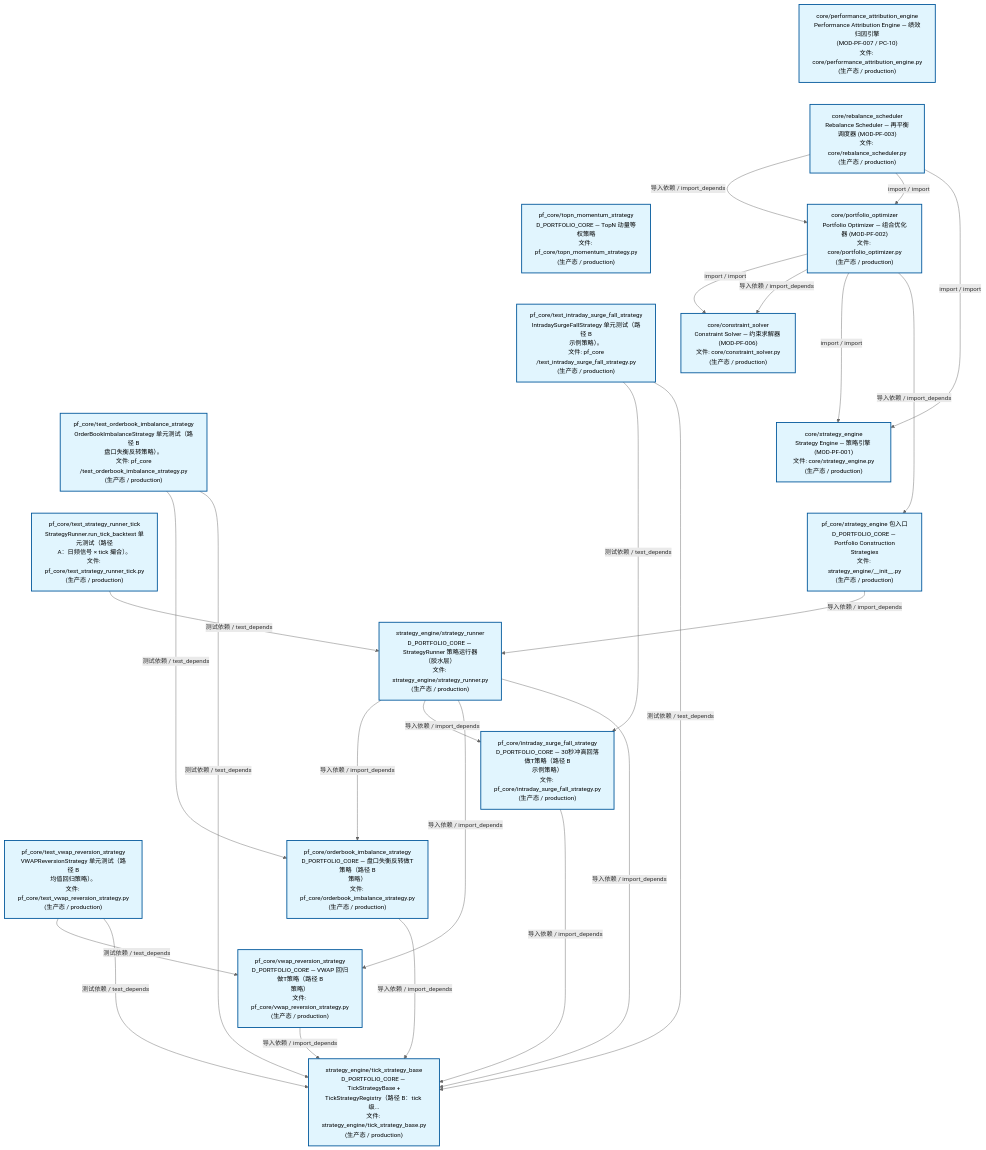
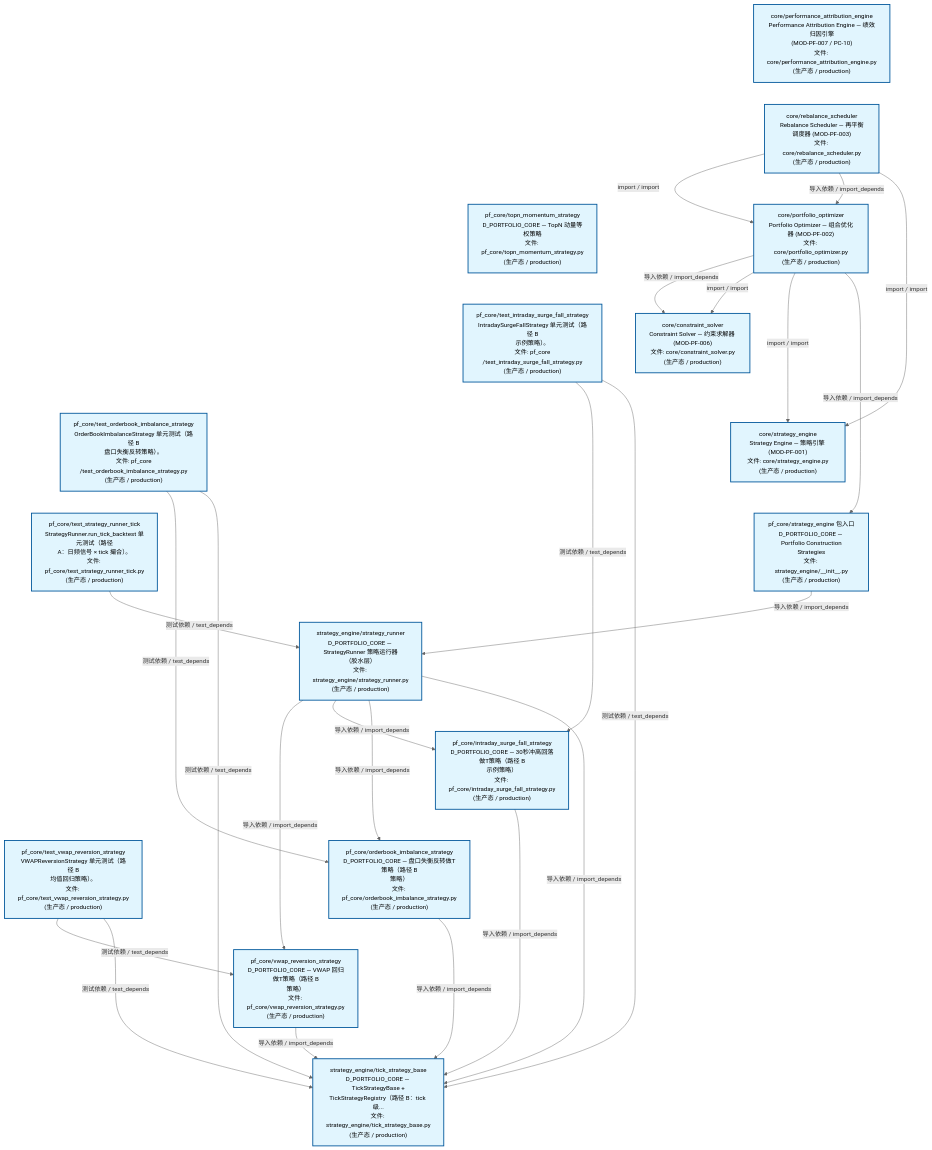
Before and after one commit to xuanFelixVan/ZephyrAlpha: the second of 3 diagrams in docs/02_enterprise_architecture/02_domain_architecture_docs/63_d_pf_core.md, drawn with Mermaid. The commit also changed other lines of this file and 44 other files, not shown here.

````diff
--- a/docs/02_enterprise_architecture/02_domain_architecture_docs/63_d_pf_core.md
+++ b/docs/02_enterprise_architecture/02_domain_architecture_docs/63_d_pf_core.md
@@ -140,57 +140,57 @@
 ```mermaid
 %%{init: {'theme': 'base', 'themeVariables': {'primaryColor': '#eaeaea', 'primaryTextColor': '#333333', 'primaryBorderColor': '#666666', 'lineColor': '#666666', 'secondaryColor': '#eaeaea', 'tertiaryColor': '#eaeaea', 'fontSize': '14px'}}}%%
 flowchart TD
     src_zephyr_pf_core_core_performance_attribution_engine_py["core/performance_attribution_engine<br/>Performance Attribution Engine — 绩效归因引擎<br/>(MOD-PF-007 / PC-10)<br/>文件: core/performance_attribution_engine.py<br/>(生产态 / production)"]
     src_zephyr_pf_core_core_rebalance_scheduler_py["core/rebalance_scheduler<br/>Rebalance Scheduler — 再平衡调度器 (MOD-PF-003)<br/>文件: core/rebalance_scheduler.py<br/>(生产态 / production)"]
     src_zephyr_pf_core_topn_momentum_strategy_py["pf_core/topn_momentum_strategy<br/>D_PORTFOLIO_CORE — TopN 动量等权策略<br/>文件: pf_core/topn_momentum_strategy.py<br/>(生产态 / production)"]
     tests_pf_core_test_intraday_surge_fall_strategy_py["pf_core/test_intraday_surge_fall_strategy<br/>IntradaySurgeFallStrategy 单元测试（路径 B<br/>示例策略）。<br/>文件: pf_core<br/>/test_intraday_surge_fall_strategy.py<br/>(生产态 / production)"]
     tests_pf_core_test_orderbook_imbalance_strategy_py["pf_core/test_orderbook_imbalance_strategy<br/>OrderBookImbalanceStrategy 单元测试（路径 B<br/>盘口失衡反转策略）。<br/>文件: pf_core<br/>/test_orderbook_imbalance_strategy.py<br/>(生产态 / production)"]
     tests_pf_core_test_strategy_runner_tick_py["pf_core/test_strategy_runner_tick<br/>StrategyRunner.run_tick_backtest 单元测试（路径<br/>A：日频信号 × tick 撮合）。<br/>文件: pf_core/test_strategy_runner_tick.py<br/>(生产态 / production)"]
     tests_pf_core_test_vwap_reversion_strategy_py["pf_core/test_vwap_reversion_strategy<br/>VWAPReversionStrategy 单元测试（路径 B<br/>均值回归策略）。<br/>文件: pf_core/test_vwap_reversion_strategy.py<br/>(生产态 / production)"]
     src_zephyr_pf_core_core_performance_attribution_engine_py ~~~ src_zephyr_pf_core_core_rebalance_scheduler_py
     src_zephyr_pf_core_core_rebalance_scheduler_py ~~~ src_zephyr_pf_core_topn_momentum_strategy_py
     src_zephyr_pf_core_topn_momentum_strategy_py ~~~ tests_pf_core_test_intraday_surge_fall_strategy_py
     tests_pf_core_test_intraday_surge_fall_strategy_py ~~~ tests_pf_core_test_orderbook_imbalance_strategy_py
     tests_pf_core_test_orderbook_imbalance_strategy_py ~~~ tests_pf_core_test_strategy_runner_tick_py
     tests_pf_core_test_strategy_runner_tick_py ~~~ tests_pf_core_test_vwap_reversion_strategy_py
     src_zephyr_pf_core_core_portfolio_optimizer_py["core/portfolio_optimizer<br/>Portfolio Optimizer — 组合优化器 (MOD-PF-002)<br/>文件: core/portfolio_optimizer.py<br/>(生产态 / production)"]
     src_zephyr_pf_core_core_constraint_solver_py["core/constraint_solver<br/>Constraint Solver — 约束求解器 (MOD-PF-006)<br/>文件: core/constraint_solver.py<br/>(生产态 / production)"]
     src_zephyr_pf_core_core_strategy_engine_py["core/strategy_engine<br/>Strategy Engine — 策略引擎 (MOD-PF-001)<br/>文件: core/strategy_engine.py<br/>(生产态 / production)"]
     src_zephyr_pf_core_strategy_engine_init_py["pf_core/strategy_engine 包入口<br/>D_PORTFOLIO_CORE — Portfolio Construction<br/>Strategies<br/>文件: strategy_engine/__init__.py<br/>(生产态 / production)"]
     src_zephyr_pf_core_core_constraint_solver_py ~~~ src_zephyr_pf_core_core_strategy_engine_py
     src_zephyr_pf_core_core_strategy_engine_py ~~~ src_zephyr_pf_core_strategy_engine_init_py
     src_zephyr_pf_core_strategy_engine_strategy_runner_py["strategy_engine/strategy_runner<br/>D_PORTFOLIO_CORE — StrategyRunner 策略运行器<br/>（胶水层）<br/>文件: strategy_engine/strategy_runner.py<br/>(生产态 / production)"]
     src_zephyr_pf_core_intraday_surge_fall_strategy_py["pf_core/intraday_surge_fall_strategy<br/>D_PORTFOLIO_CORE — 30秒冲高回落做T策略（路径 B<br/>示例策略）<br/>文件: pf_core/intraday_surge_fall_strategy.py<br/>(生产态 / production)"]
     src_zephyr_pf_core_orderbook_imbalance_strategy_py["pf_core/orderbook_imbalance_strategy<br/>D_PORTFOLIO_CORE — 盘口失衡反转做T策略（路径 B<br/>策略）<br/>文件: pf_core/orderbook_imbalance_strategy.py<br/>(生产态 / production)"]
     src_zephyr_pf_core_vwap_reversion_strategy_py["pf_core/vwap_reversion_strategy<br/>D_PORTFOLIO_CORE — VWAP 回归做T策略（路径 B<br/>策略）<br/>文件: pf_core/vwap_reversion_strategy.py<br/>(生产态 / production)"]
     src_zephyr_pf_core_intraday_surge_fall_strategy_py ~~~ src_zephyr_pf_core_orderbook_imbalance_strategy_py
     src_zephyr_pf_core_orderbook_imbalance_strategy_py ~~~ src_zephyr_pf_core_vwap_reversion_strategy_py
     src_zephyr_pf_core_strategy_engine_tick_strategy_base_py["strategy_engine/tick_strategy_base<br/>D_PORTFOLIO_CORE — TickStrategyBase +<br/>TickStrategyRegistry（路径 B：tick 级...<br/>文件: strategy_engine/tick_strategy_base.py<br/>(生产态 / production)"]
+    src_zephyr_pf_core_vwap_reversion_strategy_py -->|导入依赖 / import_depends| src_zephyr_pf_core_strategy_engine_tick_strategy_base_py
+    src_zephyr_pf_core_intraday_surge_fall_strategy_py -->|导入依赖 / import_depends| src_zephyr_pf_core_strategy_engine_tick_strategy_base_py
     src_zephyr_pf_core_orderbook_imbalance_strategy_py -->|导入依赖 / import_depends| src_zephyr_pf_core_strategy_engine_tick_strategy_base_py
-    src_zephyr_pf_core_intraday_surge_fall_strategy_py -->|导入依赖 / import_depends| src_zephyr_pf_core_strategy_engine_tick_strategy_base_py
-    src_zephyr_pf_core_core_rebalance_scheduler_py -->|导入依赖 / import_depends| src_zephyr_pf_core_core_portfolio_optimizer_py
-    src_zephyr_pf_core_core_rebalance_scheduler_py -->|import / import| src_zephyr_pf_core_core_portfolio_optimizer_py
-    src_zephyr_pf_core_core_rebalance_scheduler_py -->|import / import| src_zephyr_pf_core_core_strategy_engine_py
-    src_zephyr_pf_core_vwap_reversion_strategy_py -->|导入依赖 / import_depends| src_zephyr_pf_core_strategy_engine_tick_strategy_base_py
+    src_zephyr_pf_core_core_portfolio_optimizer_py -->|导入依赖 / import_depends| src_zephyr_pf_core_core_constraint_solver_py
     src_zephyr_pf_core_core_portfolio_optimizer_py -->|import / import| src_zephyr_pf_core_core_constraint_solver_py
-    src_zephyr_pf_core_core_portfolio_optimizer_py -->|导入依赖 / import_depends| src_zephyr_pf_core_core_constraint_solver_py
     src_zephyr_pf_core_core_portfolio_optimizer_py -->|import / import| src_zephyr_pf_core_core_strategy_engine_py
     src_zephyr_pf_core_core_portfolio_optimizer_py -->|导入依赖 / import_depends| src_zephyr_pf_core_strategy_engine_init_py
+    src_zephyr_pf_core_core_rebalance_scheduler_py -->|import / import| src_zephyr_pf_core_core_portfolio_optimizer_py
+    src_zephyr_pf_core_core_rebalance_scheduler_py -->|导入依赖 / import_depends| src_zephyr_pf_core_core_portfolio_optimizer_py
+    src_zephyr_pf_core_core_rebalance_scheduler_py -->|import / import| src_zephyr_pf_core_core_strategy_engine_py
+    src_zephyr_pf_core_strategy_engine_strategy_runner_py -->|导入依赖 / import_depends| src_zephyr_pf_core_vwap_reversion_strategy_py
+    src_zephyr_pf_core_strategy_engine_strategy_runner_py -->|导入依赖 / import_depends| src_zephyr_pf_core_intraday_surge_fall_strategy_py
+    src_zephyr_pf_core_strategy_engine_strategy_runner_py -->|导入依赖 / import_depends| src_zephyr_pf_core_orderbook_imbalance_strategy_py
+    src_zephyr_pf_core_strategy_engine_strategy_runner_py -->|导入依赖 / import_depends| src_zephyr_pf_core_strategy_engine_tick_strategy_base_py
     src_zephyr_pf_core_strategy_engine_init_py -->|导入依赖 / import_depends| src_zephyr_pf_core_strategy_engine_strategy_runner_py
-    src_zephyr_pf_core_strategy_engine_strategy_runner_py -->|导入依赖 / import_depends| src_zephyr_pf_core_orderbook_imbalance_strategy_py
-    src_zephyr_pf_core_strategy_engine_strategy_runner_py -->|导入依赖 / import_depends| src_zephyr_pf_core_intraday_surge_fall_strategy_py
-    src_zephyr_pf_core_strategy_engine_strategy_runner_py -->|导入依赖 / import_depends| src_zephyr_pf_core_vwap_reversion_strategy_py
-    src_zephyr_pf_core_strategy_engine_strategy_runner_py -->|导入依赖 / import_depends| src_zephyr_pf_core_strategy_engine_tick_strategy_base_py
     tests_pf_core_test_intraday_surge_fall_strategy_py -->|测试依赖 / test_depends| src_zephyr_pf_core_intraday_surge_fall_strategy_py
     tests_pf_core_test_intraday_surge_fall_strategy_py -->|测试依赖 / test_depends| src_zephyr_pf_core_strategy_engine_tick_strategy_base_py
+    tests_pf_core_test_strategy_runner_tick_py -->|测试依赖 / test_depends| src_zephyr_pf_core_strategy_engine_strategy_runner_py
     tests_pf_core_test_orderbook_imbalance_strategy_py -->|测试依赖 / test_depends| src_zephyr_pf_core_orderbook_imbalance_strategy_py
     tests_pf_core_test_orderbook_imbalance_strategy_py -->|测试依赖 / test_depends| src_zephyr_pf_core_strategy_engine_tick_strategy_base_py
-    tests_pf_core_test_strategy_runner_tick_py -->|测试依赖 / test_depends| src_zephyr_pf_core_strategy_engine_strategy_runner_py
     tests_pf_core_test_vwap_reversion_strategy_py -->|测试依赖 / test_depends| src_zephyr_pf_core_vwap_reversion_strategy_py
     tests_pf_core_test_vwap_reversion_strategy_py -->|测试依赖 / test_depends| src_zephyr_pf_core_strategy_engine_tick_strategy_base_py
     classDef production fill:#e1f5fe,stroke:#01579b,stroke-width:2px,color:#000
     classDef design fill:#fff3e0,stroke:#e65100,stroke-width:2px,color:#000,stroke-dasharray: 5 5
     classDef external_prod fill:#e8f4fd,stroke:#0277bd,stroke-width:1px,color:#000
     classDef external_design fill:#fff8e7,stroke:#ef6c00,stroke-width:1px,color:#000,stroke-dasharray: 5 5
     class src_zephyr_pf_core_core_constraint_solver_py,src_zephyr_pf_core_core_performance_attribution_engine_py,src_zephyr_pf_core_core_portfolio_optimizer_py,src_zephyr_pf_core_core_rebalance_scheduler_py,src_zephyr_pf_core_core_strategy_engine_py,src_zephyr_pf_core_intraday_surge_fall_strategy_py,src_zephyr_pf_core_orderbook_imbalance_strategy_py,src_zephyr_pf_core_strategy_engine_init_py,src_zephyr_pf_core_strategy_engine_strategy_runner_py,src_zephyr_pf_core_strategy_engine_tick_strategy_base_py,src_zephyr_pf_core_topn_momentum_strategy_py,src_zephyr_pf_core_vwap_reversion_strategy_py,tests_pf_core_test_intraday_surge_fall_strategy_py,tests_pf_core_test_orderbook_imbalance_strategy_py,tests_pf_core_test_strategy_runner_tick_py,tests_pf_core_test_vwap_reversion_strategy_py production
 ```
````
